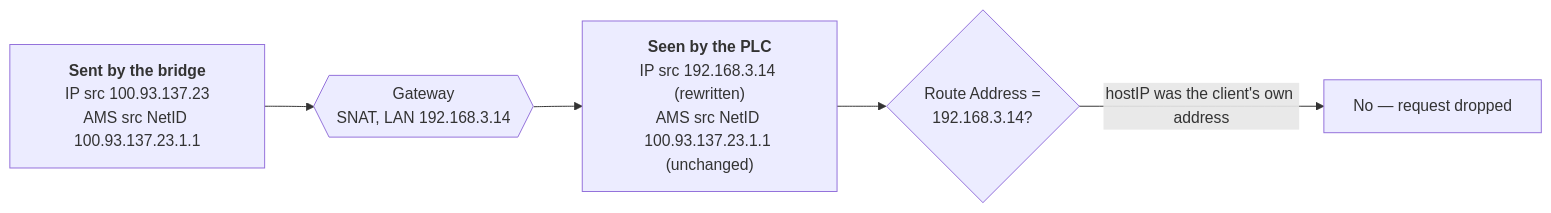
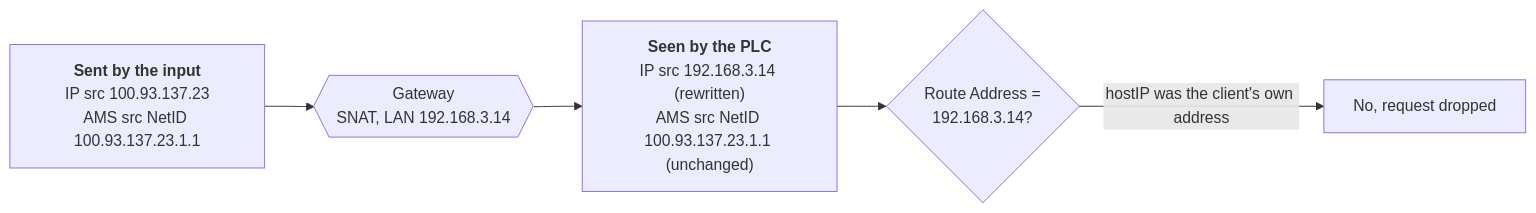
The diagram in docs/input/beckhoff-ads/networking.md (united-manufacturing-hub/benthos-umh), drawn with Mermaid before and after one commit. The commit also changed other lines of this file and 6 other files, not shown here.

````diff
--- a/docs/input/beckhoff-ads/networking.md
+++ b/docs/input/beckhoff-ads/networking.md
@@ -116,10 +102,10 @@
 ```mermaid
 flowchart LR
-  P1["<b>Sent by the bridge</b><br/>IP src 100.93.137.23<br/>AMS src NetID 100.93.137.23.1.1"]
+  P1["<b>Sent by the input</b><br/>IP src 100.93.137.23<br/>AMS src NetID 100.93.137.23.1.1"]
   G{{"Gateway<br/>SNAT, LAN 192.168.3.14"}}
   P2["<b>Seen by the PLC</b><br/>IP src 192.168.3.14 (rewritten)<br/>AMS src NetID 100.93.137.23.1.1 (unchanged)"]
   Q{"Route Address =<br/>192.168.3.14?"}
-  NO["No — request dropped"]
+  NO["No, request dropped"]
   P1 --> G --> P2 --> Q
   Q -->|"hostIP was the client's own address"| NO
 ```
````
